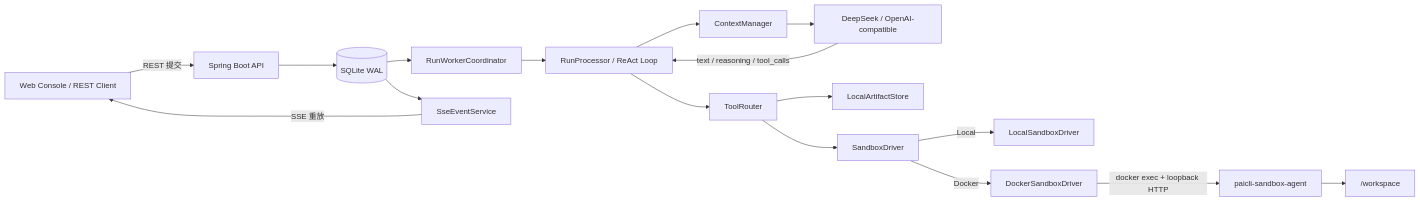
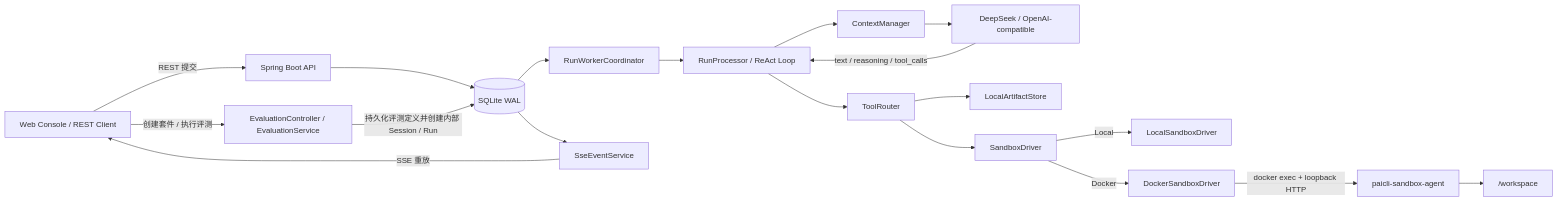
Before and after one commit to shangshenglin/paicli-platform-lite: the first of 2 diagrams in PaiCLI Platform Lite 技术架构与面试讲解.md, drawn with Mermaid. The commit also changed other lines of this file and 1 other file, not shown here.

````diff
--- a/PaiCLI Platform Lite 技术架构与面试讲解.md
+++ b/PaiCLI Platform Lite 技术架构与面试讲解.md
@@ -83,19 +84,21 @@
 ```mermaid
 flowchart LR
     U["Web Console / REST Client"] -->|"REST 提交"| API["Spring Boot API"]
+    U -->|"创建套件 / 执行评测"| EVAL["EvaluationController / EvaluationService"]
     API --> DB[("SQLite WAL")]
+    EVAL -->|"持久化评测定义并创建内部 Session / Run"| DB
     DB --> W["RunWorkerCoordinator"]
     W --> RP["RunProcessor / ReAct Loop"]
     RP --> CTX["ContextManager"]
     CTX --> LLM["DeepSeek / OpenAI-compatible"]
     LLM -->|"text / reasoning / tool_calls"| RP
     RP --> TR["ToolRouter"]
     TR --> ART["LocalArtifactStore"]
     TR --> SD["SandboxDriver"]
     SD -->|"Local"| LOCAL["LocalSandboxDriver"]
     SD -->|"Docker"| DOCKER["DockerSandboxDriver"]
     DOCKER -->|"docker exec + loopback HTTP"| AGENT["paicli-sandbox-agent"]
     AGENT --> WS["/workspace"]
     DB --> SSE["SseEventService"]
     SSE -->|"SSE 重放"| U
 ```
````
